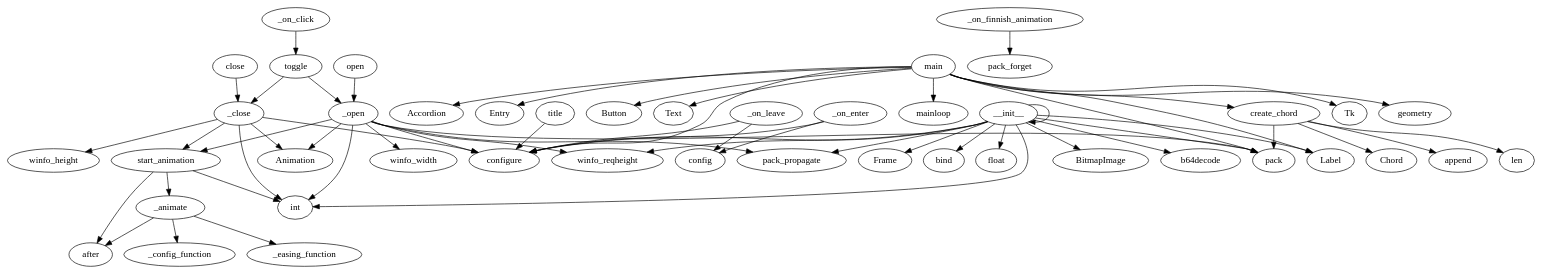
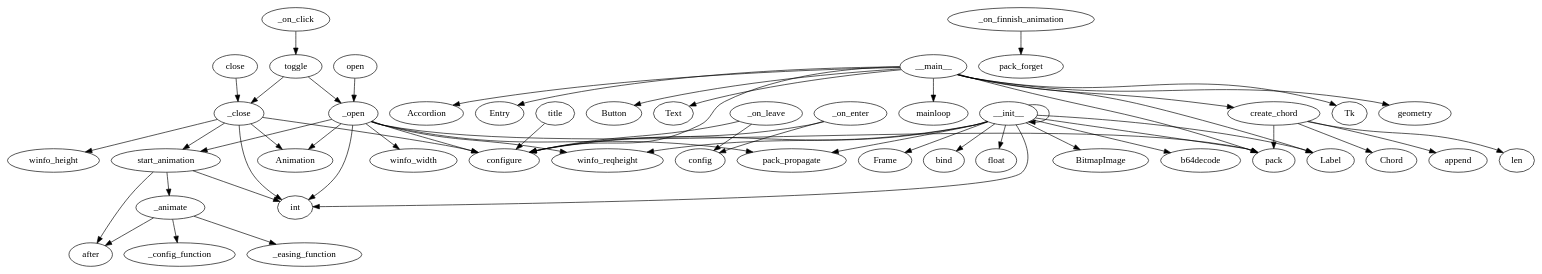
Before and after one commit to JordanCoyne97/Final_Year_Project: the diagram in CallGraph_dots/MetroAccordion.dot, drawn with Graphviz. The commit also changed 12 other files, not shown here.

```diff
--- a/CallGraph_dots/MetroAccordion.dot
+++ b/CallGraph_dots/MetroAccordion.dot
@@ -1,103 +1,103 @@
 digraph  {
 __init__;
 float;
 int;
 start_animation;
 after;
 _animate;
 _easing_function;
 _config_function;
 BitmapImage;
 b64decode;
 Frame;
 pack;
 pack_propagate;
 Label;
 configure;
 winfo_reqheight;
 bind;
 title;
 _on_enter;
 config;
 _on_leave;
 _on_click;
 toggle;
 open;
 _open;
 winfo_width;
 Animation;
 _on_finnish_animation;
 pack_forget;
 close;
 _close;
 winfo_height;
 create_chord;
 Chord;
 append;
 len;
-main;
+__main__;
 Tk;
 geometry;
 Accordion;
 Entry;
 Button;
 Text;
 mainloop;
 __init__ -> float;
 __init__ -> int;
 __init__ -> __init__;
 __init__ -> BitmapImage;
 __init__ -> b64decode;
 __init__ -> Frame;
 __init__ -> pack;
 __init__ -> pack_propagate;
 __init__ -> Label;
 __init__ -> configure;
 __init__ -> winfo_reqheight;
 __init__ -> bind;
 start_animation -> after;
 start_animation -> int;
 start_animation -> _animate;
 _animate -> _easing_function;
 _animate -> _config_function;
 _animate -> after;
 title -> configure;
 _on_enter -> configure;
 _on_enter -> config;
 _on_leave -> configure;
 _on_leave -> config;
 _on_click -> toggle;
 toggle -> _close;
 toggle -> _open;
 open -> _open;
 _open -> pack;
 _open -> pack_propagate;
 _open -> configure;
 _open -> winfo_reqheight;
 _open -> winfo_width;
 _open -> Animation;
 _open -> int;
 _open -> start_animation;
 _on_finnish_animation -> pack_forget;
 close -> _close;
 _close -> configure;
 _close -> winfo_height;
 _close -> Animation;
 _close -> int;
 _close -> start_animation;
 create_chord -> Chord;
 create_chord -> append;
 create_chord -> len;
 create_chord -> pack;
-main -> Tk;
-main -> geometry;
-main -> configure;
-main -> Accordion;
-main -> pack;
-main -> create_chord;
-main -> Label;
-main -> Entry;
-main -> Button;
-main -> Text;
-main -> mainloop;
+__main__ -> Tk;
+__main__ -> geometry;
+__main__ -> configure;
+__main__ -> Accordion;
+__main__ -> pack;
+__main__ -> create_chord;
+__main__ -> Label;
+__main__ -> Entry;
+__main__ -> Button;
+__main__ -> Text;
+__main__ -> mainloop;
 }
```
